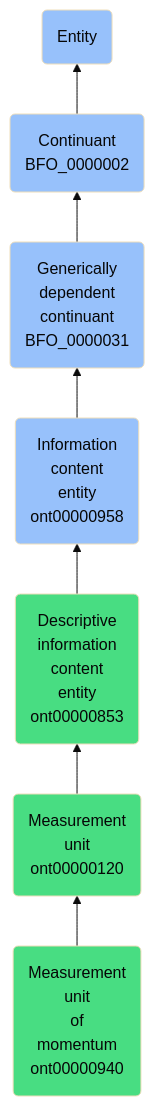
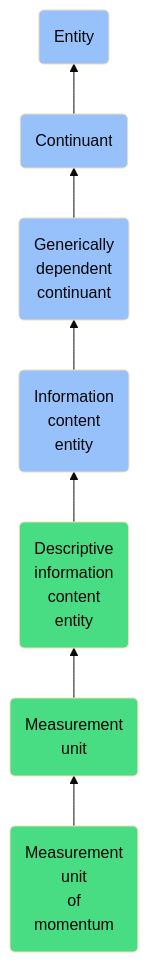
Before and after one commit to jupyter-naas/abi: the diagram in docs/ontology/reference/model/Entity/Continuant/Generically dependent continuant/Information content entity/Descriptive information content entity/Measurement unit/Measurement unit of momentum/Measurement unit of momentum.md, drawn with Mermaid (base theme). The commit also changed other lines of this file and 1430 other files, not shown here.

````diff
--- a/docs/ontology/reference/model/Entity/Continuant/Generically dependent continuant/Information content entity/Descriptive information content entity/Measurement unit/Measurement unit of momentum/Measurement unit of momentum.md
+++ b/docs/ontology/reference/model/Entity/Continuant/Generically dependent continuant/Information content entity/Descriptive information content entity/Measurement unit/Measurement unit of momentum/Measurement unit of momentum.md
@@ -24,14 +24,14 @@
 ```mermaid
 graph BT
-    ont00000940(Measurement<br>unit<br>of<br>momentum<br>ont00000940):::ABI-->ont00000120
-    ont00000120(Measurement<br>unit<br>ont00000120):::ABI-->ont00000853
-    ont00000853(Descriptive<br>information<br>content<br>entity<br>ont00000853):::ABI-->ont00000958
-    ont00000958(Information<br>content<br>entity<br>ont00000958):::BFO-->BFO_0000031
-    BFO_0000031(Generically<br>dependent<br>continuant<br>BFO_0000031):::BFO-->BFO_0000002
-    BFO_0000002(Continuant<br>BFO_0000002):::BFO-->BFO_0000001
+    ont00000940(Measurement<br>unit<br>of<br>momentum):::ABI-->ont00000120
+    ont00000120(Measurement<br>unit):::ABI-->ont00000853
+    ont00000853(Descriptive<br>information<br>content<br>entity):::ABI-->ont00000958
+    ont00000958(Information<br>content<br>entity):::BFO-->BFO_0000031
+    BFO_0000031(Generically<br>dependent<br>continuant):::BFO-->BFO_0000002
+    BFO_0000002(Continuant):::BFO-->BFO_0000001
     BFO_0000001(Entity):::BFO
     
     classDef BFO fill:#97c1fb,color:#060606
     classDef CCO fill:#e4c51e,color:#060606
     classDef ABI fill:#48DD82,color:#060606
 ```
````
